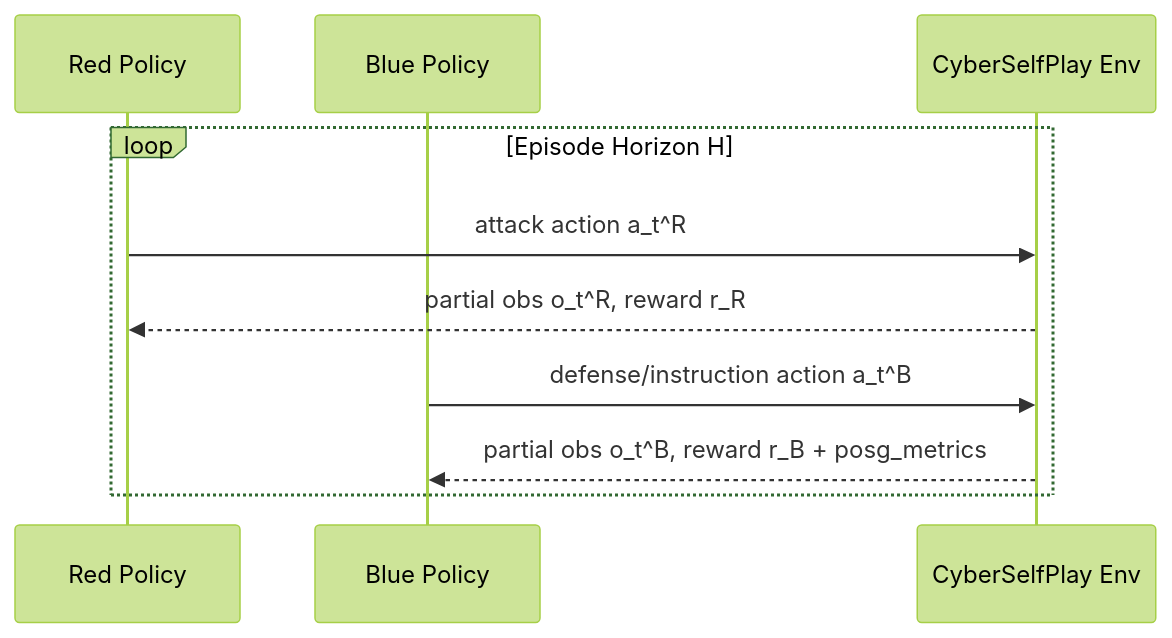
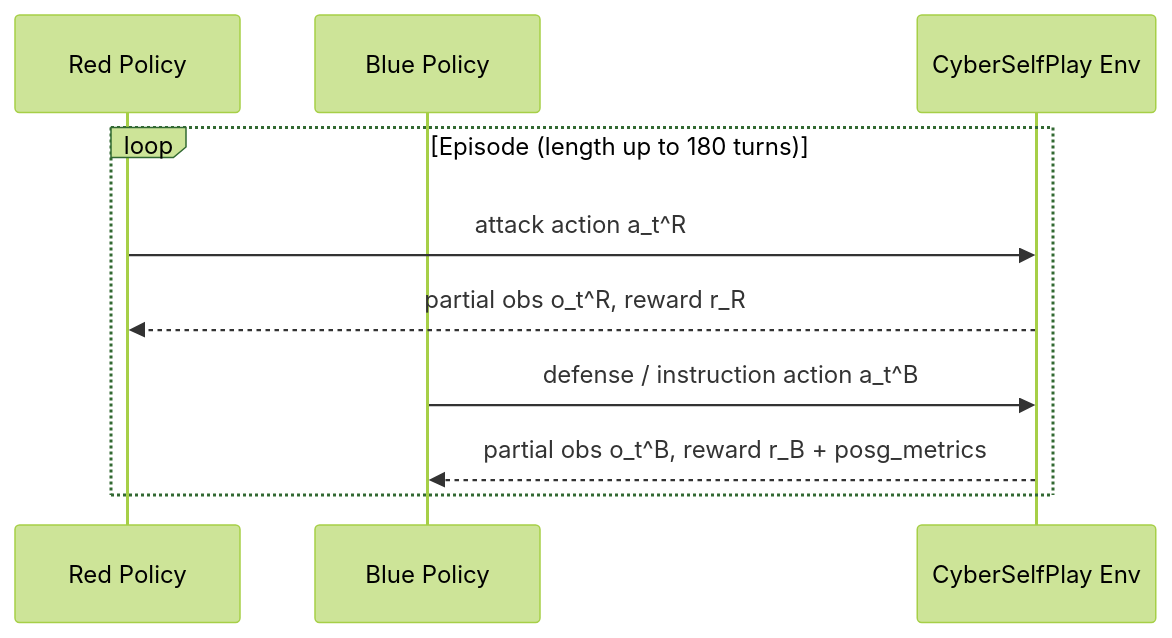
One commit to harshitnitjsr/cyberselfplay-env changed the second of 2 diagrams in README.md. Above: the diagram before and after it, drawn with Mermaid (forest theme). The commit also changed other lines of this file and 40 other files, not shown here.

````diff
--- a/README.md
+++ b/README.md
@@ -172,13 +111,12 @@
 ```mermaid
 sequenceDiagram
     participant Red as Red Policy
     participant Blue as Blue Policy
     participant Env as CyberSelfPlay Env
-
-    loop Episode Horizon H
+    loop Episode (length up to 180 turns)
         Red ->> Env: attack action a_t^R
         Env -->> Red: partial obs o_t^R, reward r_R
-        Blue ->> Env: defense/instruction action a_t^B
+        Blue ->> Env: defense / instruction action a_t^B
         Env -->> Blue: partial obs o_t^B, reward r_B + posg_metrics
     end
 ```
````
